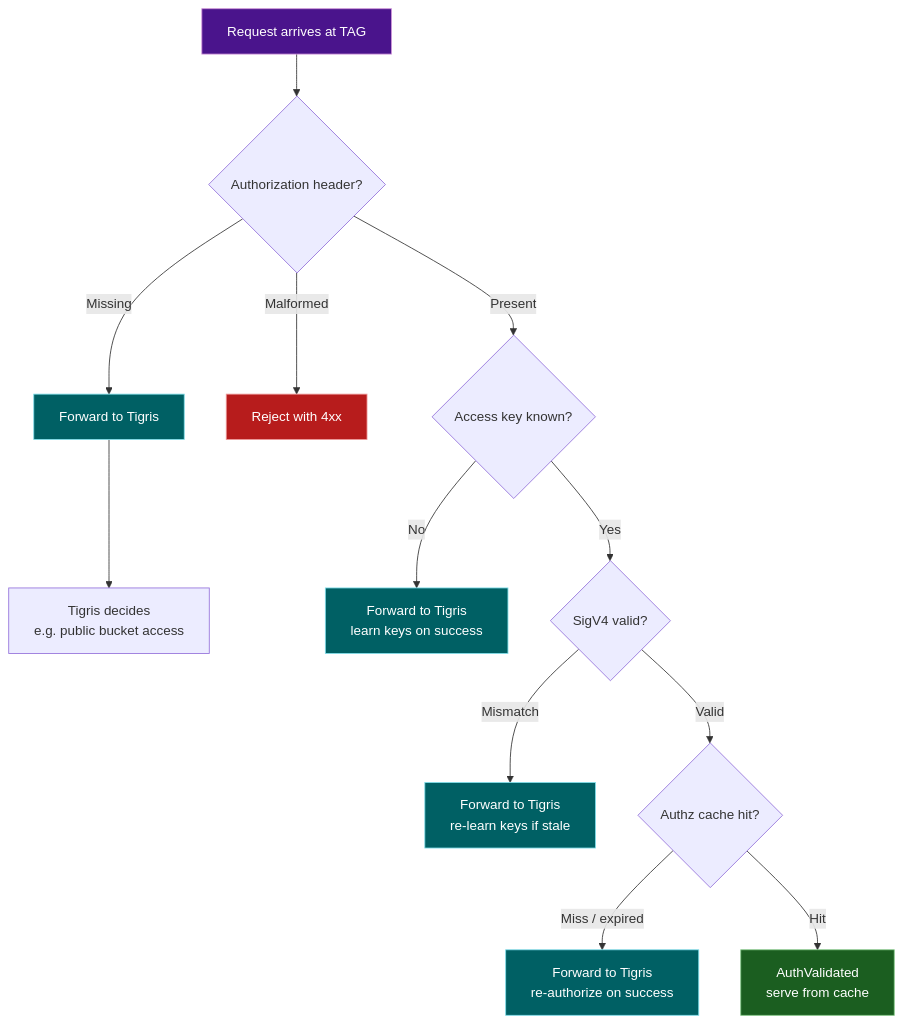
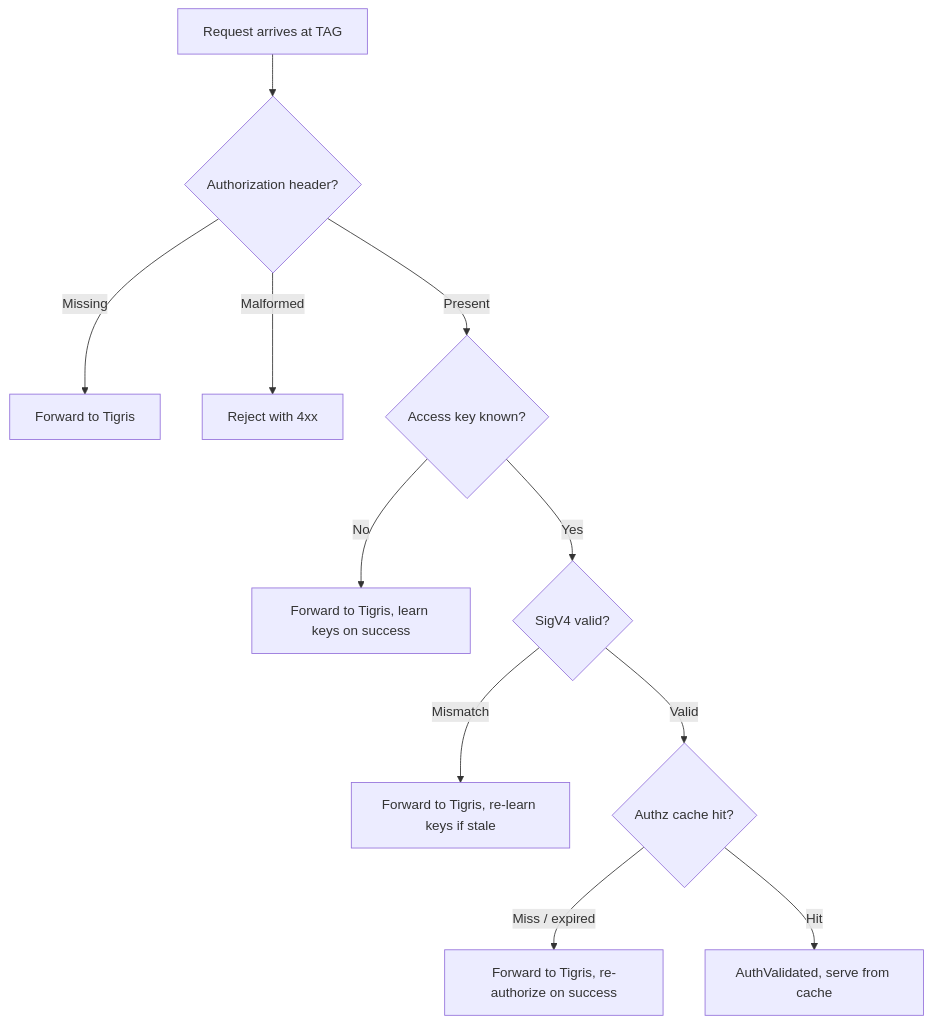
The third of 3 diagrams in docs/acceleration-gateway/security.mdx (tigrisdata/tigris-os-docs), drawn with Mermaid before and after one commit. The commit also changed other lines of this file and 18 other files, not shown here.

First line of the commit message:
feat: replace mermaid diagrams with Excalidraw-style SVG components

````diff
--- a/docs/acceleration-gateway/security.mdx
+++ b/docs/acceleration-gateway/security.mdx
@@ -119,25 +125,13 @@
 ```mermaid
 flowchart TD
-    classDef tag fill:#4a148c,stroke:#ce93d8,color:#fff
-    classDef forward fill:#006064,stroke:#80deea,color:#fff
-    classDef reject fill:#b71c1c,stroke:#ef9a9a,color:#fff
-    classDef local fill:#1b5e20,stroke:#81c784,color:#fff
-
-    R[Request arrives at TAG]:::tag
-    R --> A{Authorization header?}
-
-    A -->|Missing| F1[Forward to Tigris]:::forward
-    F1 --> F1a[Tigris decides\ne.g. public bucket access]
-
-    A -->|Malformed| REJ[Reject with 4xx]:::reject
-
+    R[Request arrives at TAG] --> A{Authorization header?}
+    A -->|Missing| F1[Forward to Tigris]
+    A -->|Malformed| REJ[Reject with 4xx]
     A -->|Present| K{Access key known?}
-    K -->|No| F2[Forward to Tigris\nlearn keys on success]:::forward
-
+    K -->|No| F2[Forward to Tigris, learn keys on success]
     K -->|Yes| S{SigV4 valid?}
-    S -->|Mismatch| F3[Forward to Tigris\nre-learn keys if stale]:::forward
-
+    S -->|Mismatch| F3[Forward to Tigris, re-learn keys if stale]
     S -->|Valid| AZ{Authz cache hit?}
-    AZ -->|Miss / expired| F4[Forward to Tigris\nre-authorize on success]:::forward
-    AZ -->|Hit| OK[AuthValidated\nserve from cache]:::local
+    AZ -->|Miss / expired| F4[Forward to Tigris, re-authorize on success]
+    AZ -->|Hit| OK[AuthValidated, serve from cache]
 ```
````
